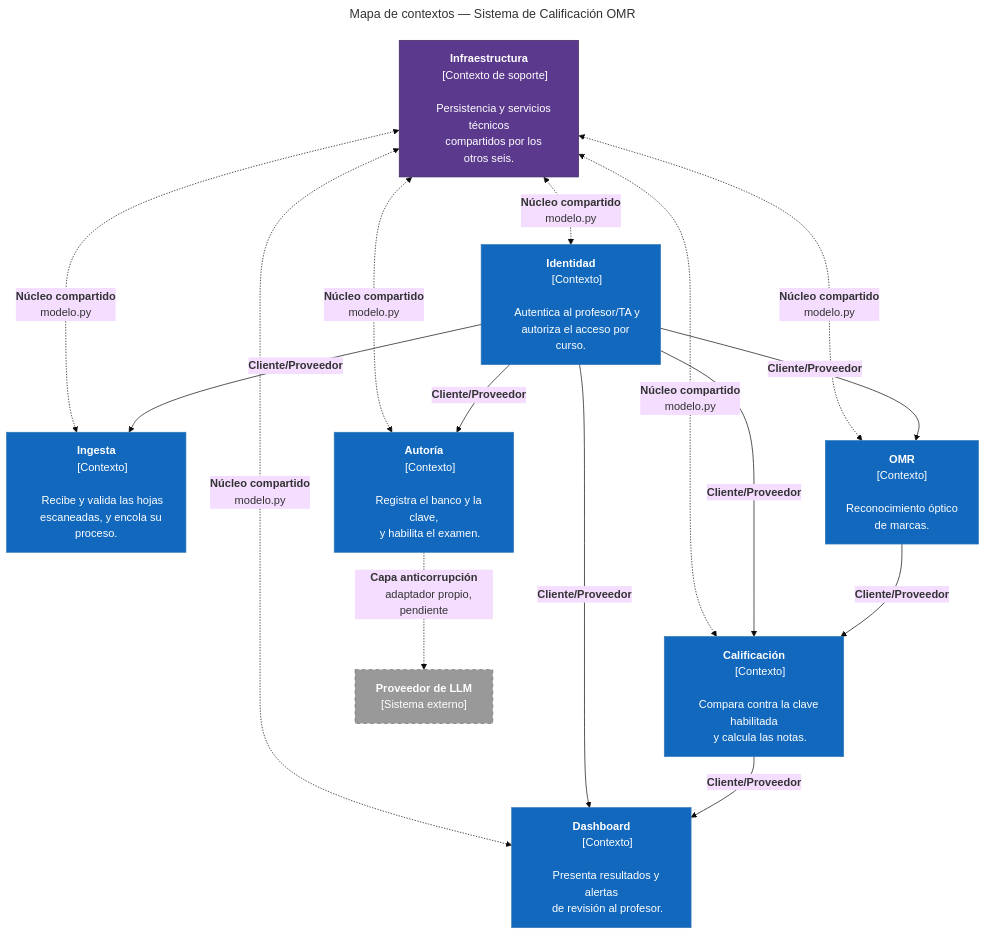
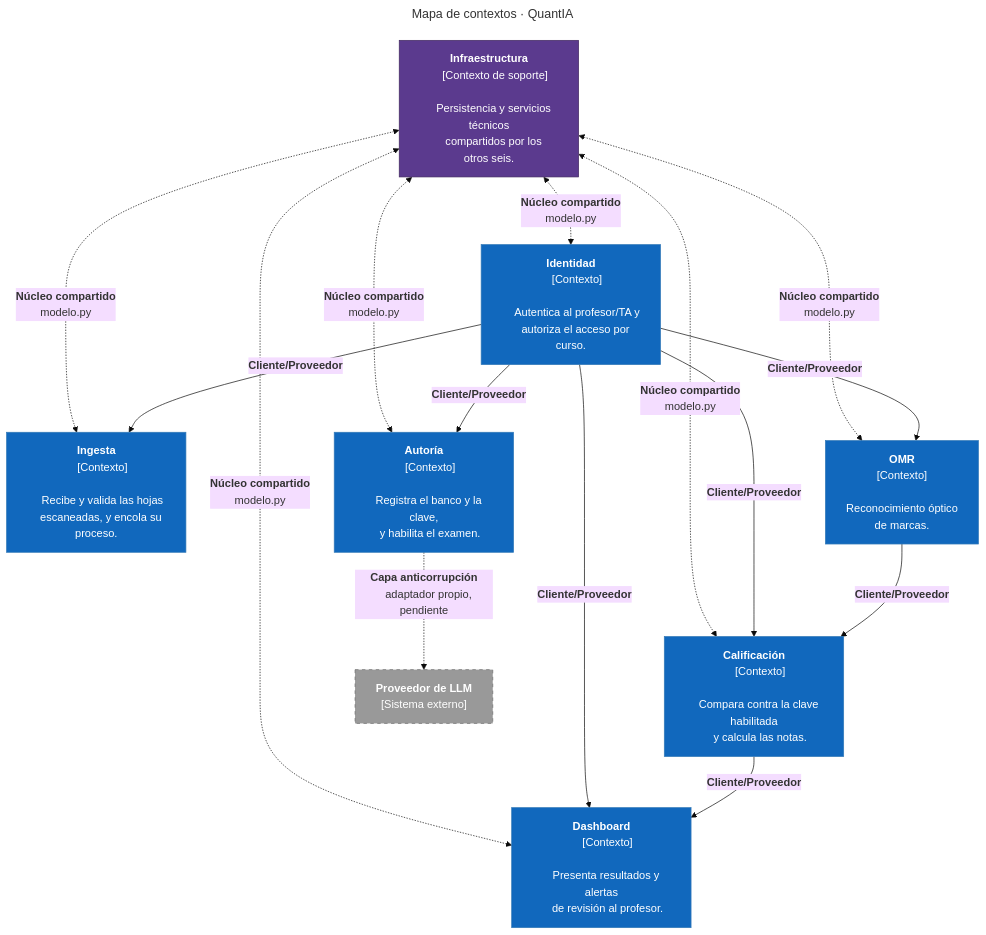
One commit to ISCOUTB/AS_202620_Sistema-de-calificacion-automatica changed the diagram in docs/arc42/arc42-template-ES.md. Above: the diagram before and after it, drawn with Mermaid (base theme). The commit also changed other lines of this file, not shown here.

First line of the commit message:
docs(arc42): adoptar el nombre QuantIA y registrar el ADR 0008

````diff
--- a/docs/arc42/arc42-template-ES.md
+++ b/docs/arc42/arc42-template-ES.md
@@ -494,6 +494,6 @@
 ```mermaid
 ---
-title: "Mapa de contextos — Sistema de Calificación OMR"
+title: "Mapa de contextos · QuantIA"
 ---
 flowchart TB
     identidad["<b>Identidad</b>
````
